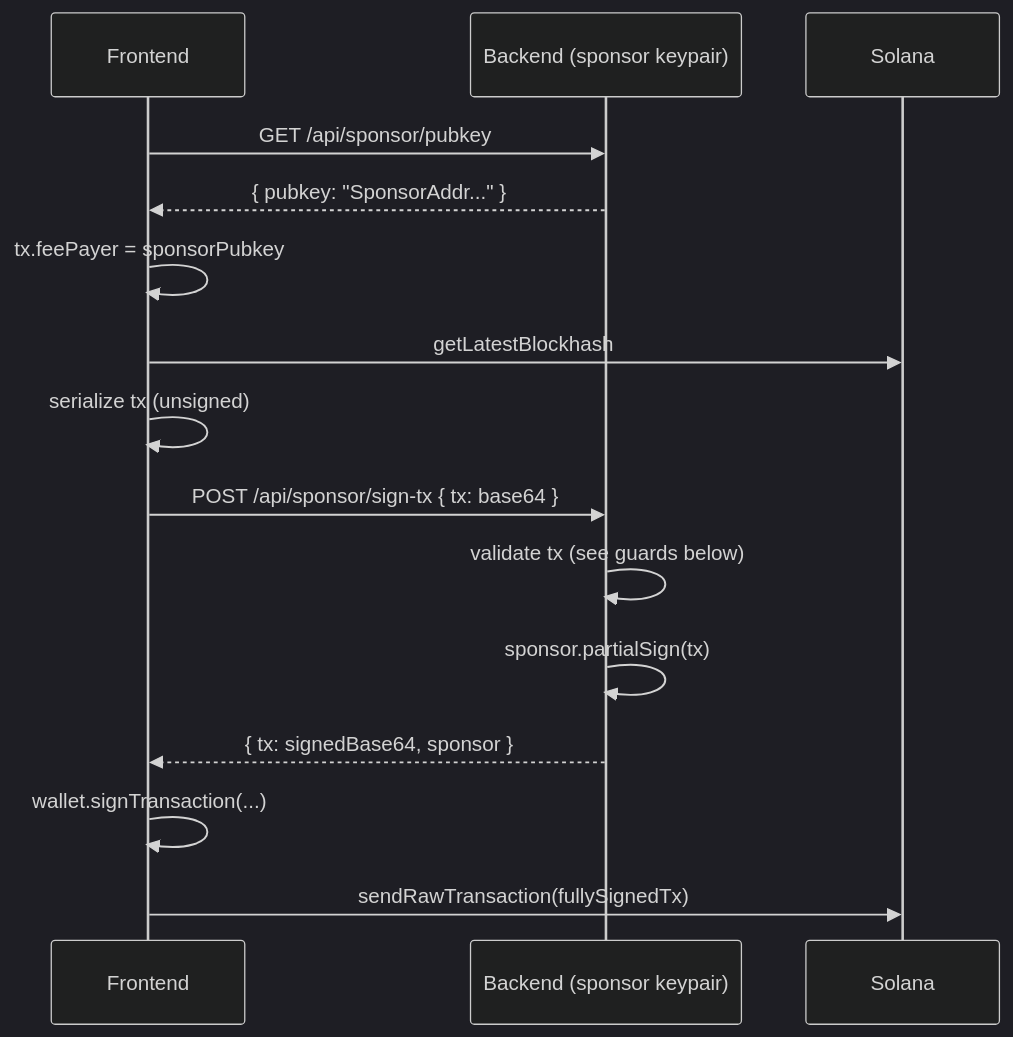
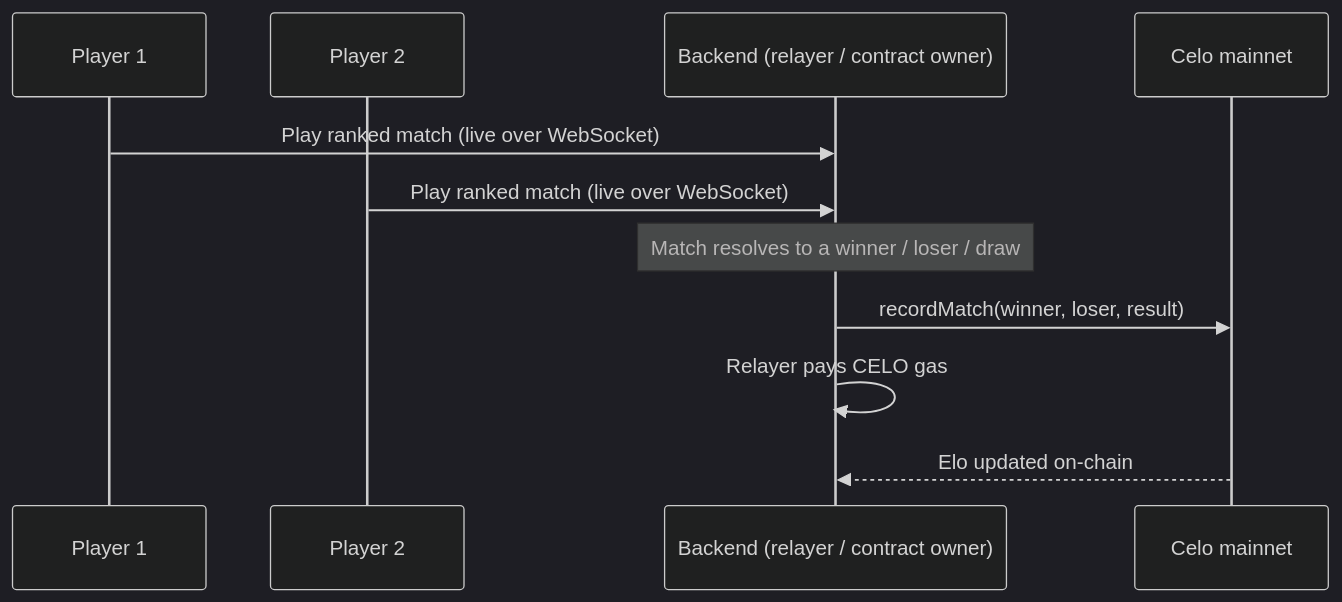
The diagram in docs/features/sponsored-gas.md (Im-A-Nuel/Mindduel), drawn with Mermaid (dark theme) before and after one commit. The commit also changed other lines of this file and 20 other files, not shown here.

````diff
--- a/docs/features/sponsored-gas.md
+++ b/docs/features/sponsored-gas.md
@@ -7,18 +9,14 @@
 ```mermaid
 sequenceDiagram
-    participant FE as Frontend
-    participant BE as Backend (sponsor keypair)
-    participant Sol as Solana
+    participant P1 as Player 1
+    participant P2 as Player 2
+    participant BE as Backend (relayer / contract owner)
+    participant Celo as Celo mainnet
 
-    FE->>BE: GET /api/sponsor/pubkey
-    BE-->>FE: { pubkey: "SponsorAddr..." }
-    FE->>FE: tx.feePayer = sponsorPubkey
-    FE->>Sol: getLatestBlockhash
-    FE->>FE: serialize tx (unsigned)
-    FE->>BE: POST /api/sponsor/sign-tx { tx: base64 }
-    BE->>BE: validate tx (see guards below)
-    BE->>BE: sponsor.partialSign(tx)
-    BE-->>FE: { tx: signedBase64, sponsor }
-    FE->>FE: wallet.signTransaction(...)
-    FE->>Sol: sendRawTransaction(fullySignedTx)
+    P1->>BE: Play ranked match (live over WebSocket)
+    P2->>BE: Play ranked match (live over WebSocket)
+    Note over BE: Match resolves to a winner / loser / draw
+    BE->>Celo: recordMatch(winner, loser, result)
+    BE->>BE: Relayer pays CELO gas
+    Celo-->>BE: Elo updated on-chain
 ```
````
